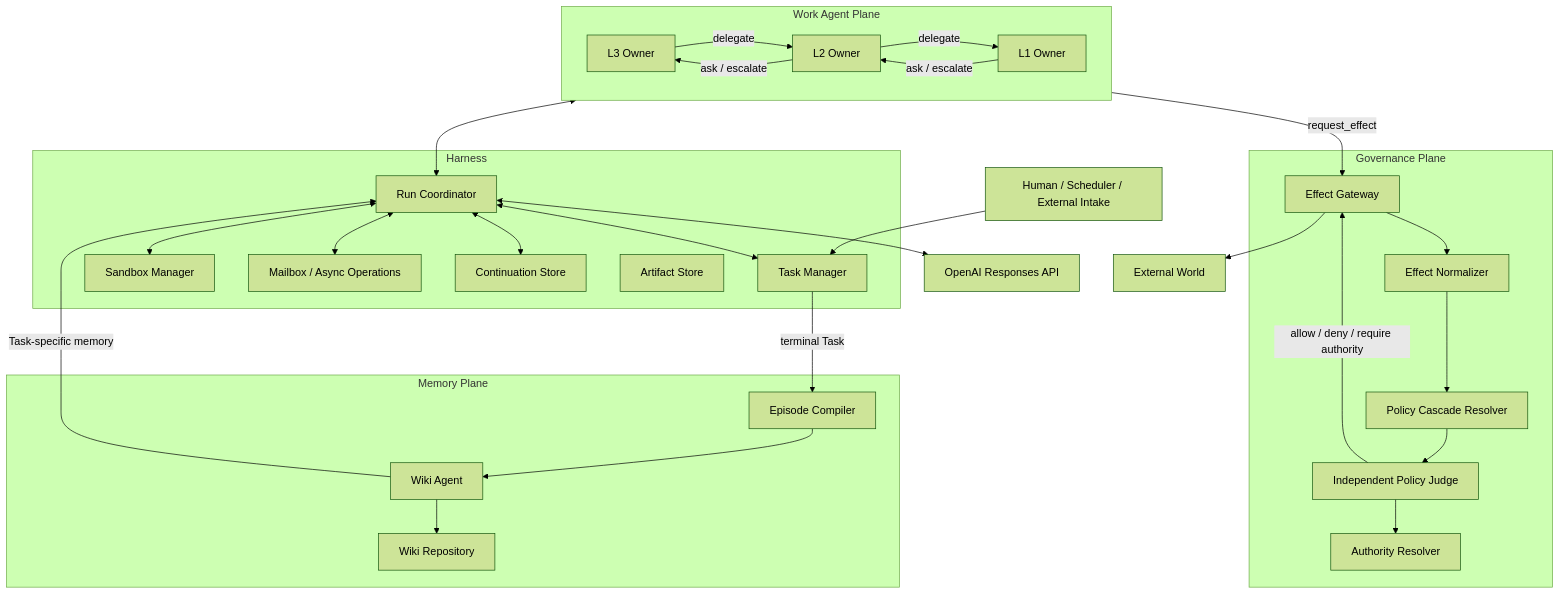
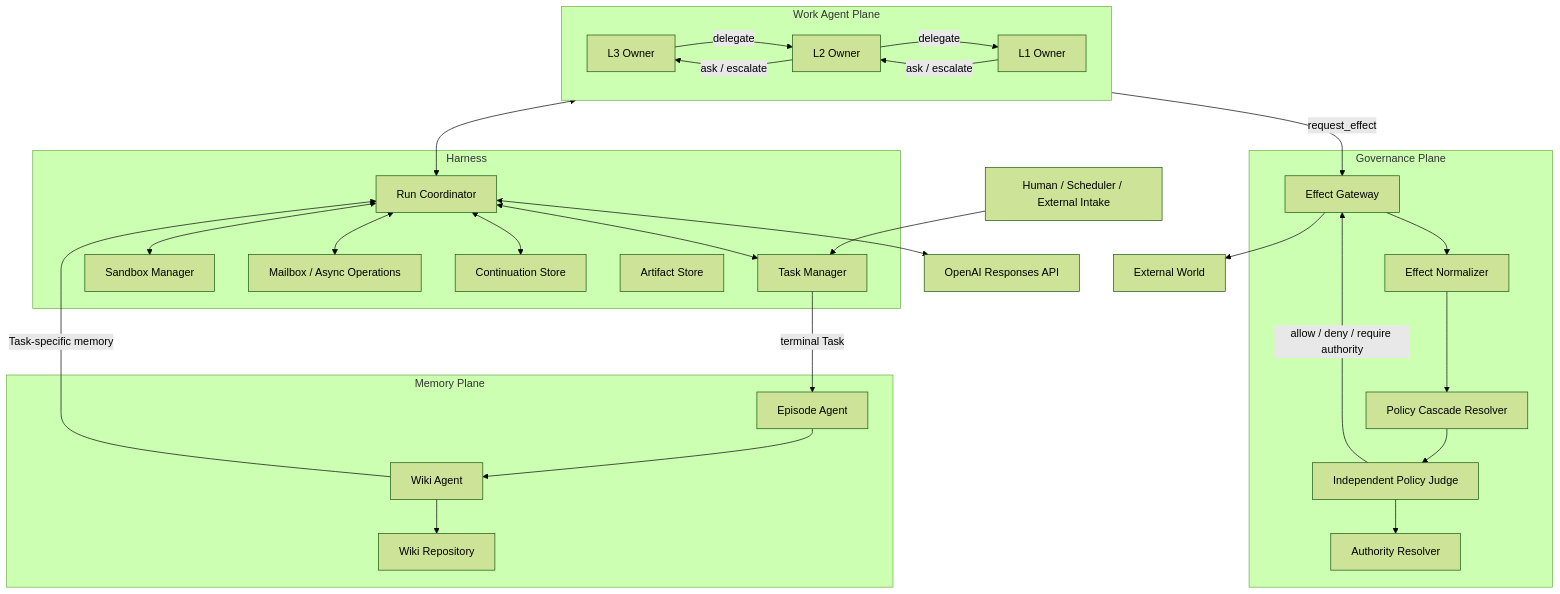
The diagram in docs/00-agent-harness.md (autotaker/kakesu), drawn with Mermaid (forest theme) before and after one commit. The commit also changed other lines of this file and 8 other files, not shown here.

Commit message:
Design multi-step episode agent

````diff
--- a/docs/00-agent-harness.md
+++ b/docs/00-agent-harness.md
@@ -53,55 +53,55 @@
 ```mermaid
 flowchart TB
     U[Human / Scheduler / External Intake]
 
     subgraph W[Work Agent Plane]
       L3[L3 Owner]
       L2[L2 Owner]
       L1[L1 Owner]
       L3 -->|delegate| L2
       L2 -->|delegate| L1
       L1 -->|ask / escalate| L2
       L2 -->|ask / escalate| L3
     end
 
     subgraph H[Harness]
       RC[Run Coordinator]
       TM[Task Manager]
       SM[Sandbox Manager]
       MB[Mailbox / Async Operations]
       CS[Continuation Store]
       AR[Artifact Store]
     end
 
     subgraph G[Governance Plane]
       EG[Effect Gateway]
       PN[Effect Normalizer]
       PC[Policy Cascade Resolver]
       PJ[Independent Policy Judge]
       AU[Authority Resolver]
     end
 
     subgraph M[Memory Plane]
-      EC[Episode Compiler]
+      EC[Episode Agent]
       WA[Wiki Agent]
       WR[Wiki Repository]
     end
 
     OA[OpenAI Responses API]
     EW[External World]
 
     U --> TM
     W <--> RC
     RC <--> OA
     RC <--> TM
     RC <--> MB
     RC <--> CS
     RC <--> SM
     W -->|request_effect| EG
     EG --> PN --> PC --> PJ
     PJ -->|allow / deny / require authority| EG
     PJ --> AU
     EG --> EW
     TM -->|terminal Task| EC --> WA --> WR
     WA -->|Task-specific memory| RC
 ```
````
